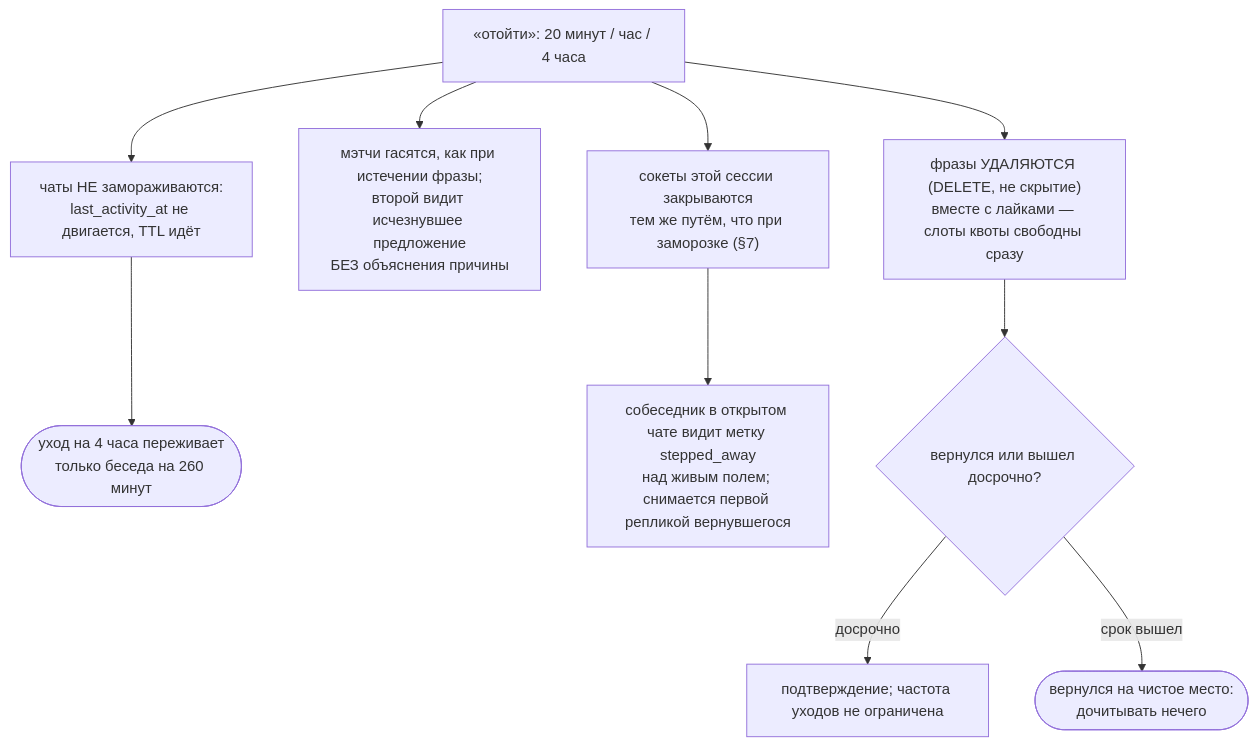
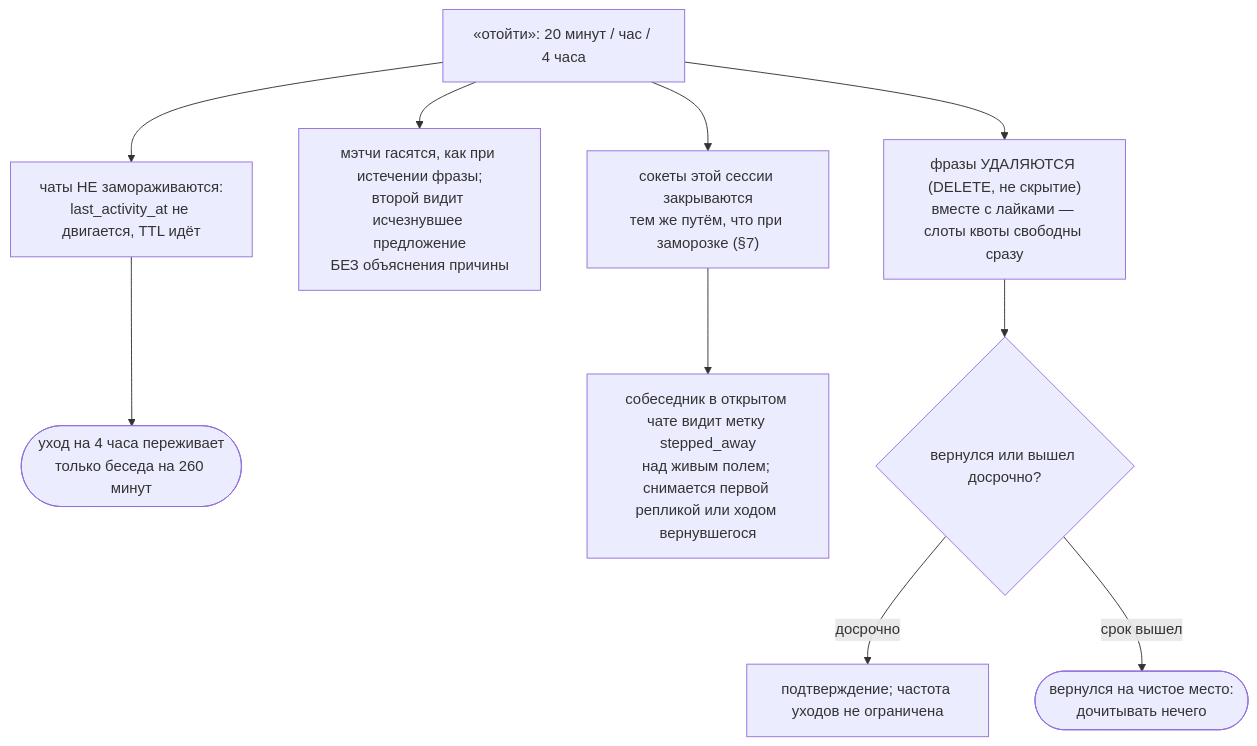
Diagram 30 of 30 in docs/chat-flows_RU.md (panov-id/xor.ad), drawn with Mermaid before and after one commit. The commit also changed other lines of this file and 15 other files, not shown here.

````diff
--- a/docs/chat-flows_RU.md
+++ b/docs/chat-flows_RU.md
@@ -967,12 +967,12 @@
 ```mermaid
 flowchart TD
   away["«отойти»: 20 минут / час / 4 часа"] --> del["фразы УДАЛЯЮТСЯ #40;DELETE, не скрытие#41;<br/>вместе с лайками — слоты квоты свободны сразу"]
   away --> match["мэтчи гасятся, как при истечении фразы;<br/>второй видит исчезнувшее предложение<br/>БЕЗ объяснения причины"]
   away --> sock["сокеты этой сессии закрываются<br/>тем же путём, что при заморозке #40;§7#41;"]
   away --> chats["чаты НЕ замораживаются:<br/>last_activity_at не двигается, TTL идёт"]
   chats --> price(["уход на 4 часа переживает<br/>только беседа на 260 минут"])
-  sock --> peer["собеседник в открытом чате видит метку stepped_away<br/>над живым полем; снимается первой репликой вернувшегося"]
+  sock --> peer["собеседник в открытом чате видит метку stepped_away<br/>над живым полем; снимается первой репликой или ходом вернувшегося"]
   del --> back{"вернулся или вышел досрочно?"}
   back -- "досрочно" --> confirm["подтверждение; частота уходов не ограничена"]
   back -- "срок вышел" --> clean(["вернулся на чистое место:<br/>дочитывать нечего"])
 ```
````
